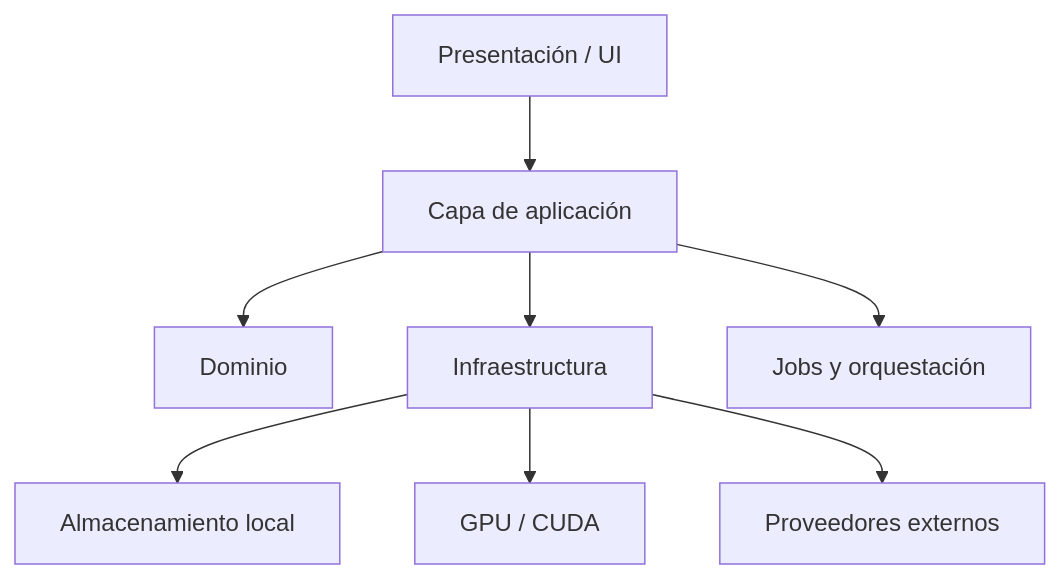
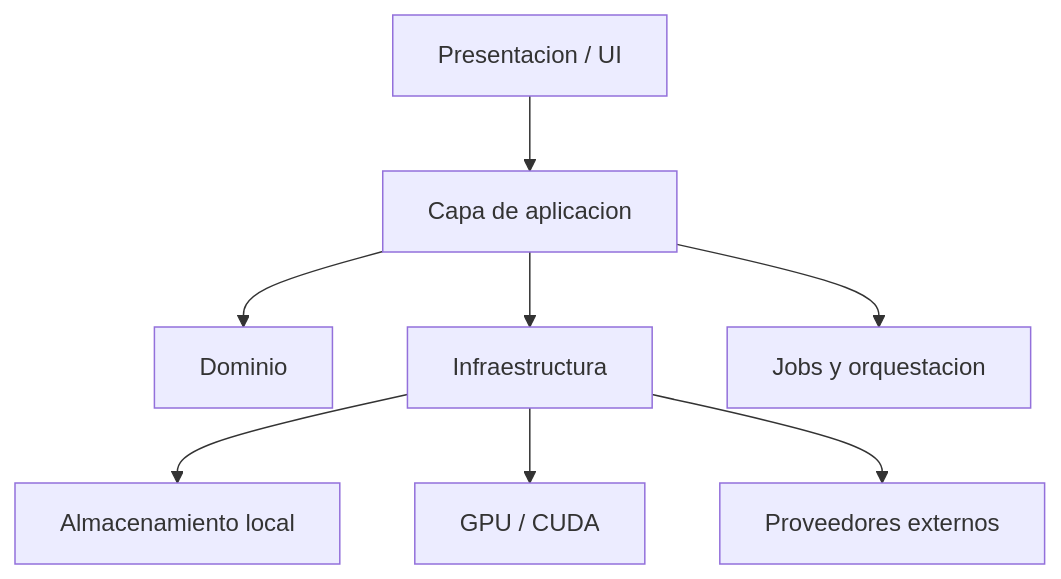
One commit to AS26-Lab/Creator_Inteligence_Studio changed the diagram in docs/SYSTEM_ARCHITECTURE.md. Above: the diagram before and after it, drawn with Mermaid. The commit also changed other lines of this file and 34 other files, not shown here.

````diff
--- a/docs/SYSTEM_ARCHITECTURE.md
+++ b/docs/SYSTEM_ARCHITECTURE.md
@@ -5,10 +5,10 @@
 ```mermaid
 flowchart TD
-    UI[Presentación / UI] --> APP[Capa de aplicación]
+    UI[Presentacion / UI] --> APP[Capa de aplicacion]
     APP --> DOM[Dominio]
     APP --> INF[Infraestructura]
     INF --> STO[Almacenamiento local]
     INF --> GPU[GPU / CUDA]
     INF --> EXT[Proveedores externos]
-    APP --> JOBS[Jobs y orquestación]
+    APP --> JOBS[Jobs y orquestacion]
 ```
````
